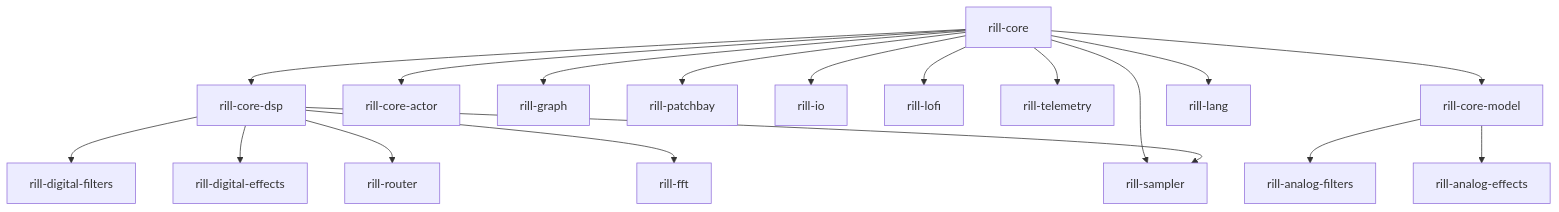
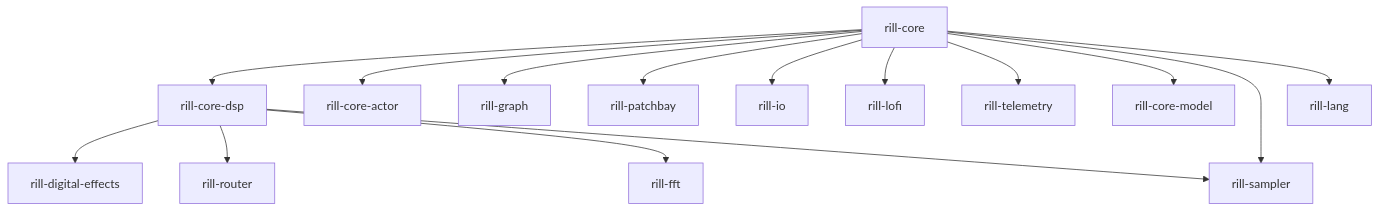
The diagram in README.md (digitalrats/rill), drawn with Mermaid before and after one commit. The commit also changed other lines of this file and 22 other files, not shown here.

````diff
--- a/README.md
+++ b/README.md
@@ -275,20 +269,17 @@
 ```mermaid
 graph TD
     CORE[rill-core] --> CORE_DSP[rill-core-dsp]
     CORE --> CORE_ACTOR[rill-core-actor]
     CORE --> GRAPH[rill-graph]
-    CORE_DSP --> FILTERS[rill-digital-filters]
     CORE_DSP --> EFFECTS[rill-digital-effects]
     CORE_DSP --> ROUTER[rill-router]
     CORE_DSP --> FFT[rill-fft]
     CORE --> PATCHBAY[rill-patchbay]
     CORE --> IO[rill-io]
     CORE --> LOFI[rill-lofi]
     CORE --> TELEMETRY[rill-telemetry]
     CORE --> CORE_WDF[rill-core-model]
-    CORE_WDF --> ANALOG_FILTERS[rill-analog-filters]
-    CORE_WDF --> ANALOG_EFFECTS[rill-analog-effects]
     CORE --> SAMPLER[rill-sampler]
     CORE_DSP --> SAMPLER
     CORE --> LANG[rill-lang]
 ```
````
